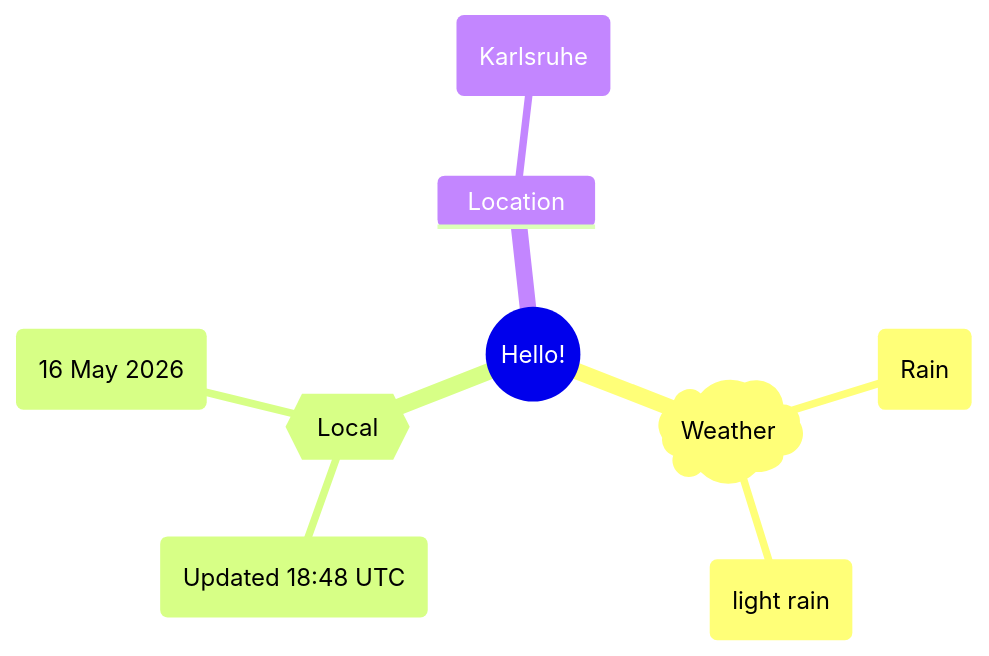
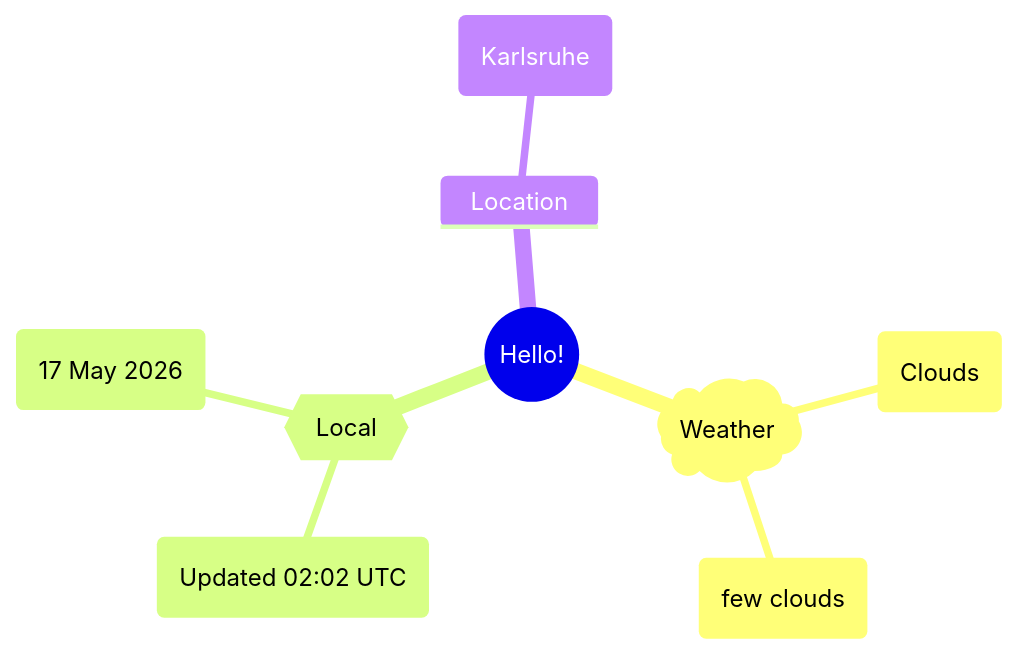
Before and after one commit to Xosrov/Xosrov: the first of 2 diagrams in README.md, drawn with Mermaid.

Commit message:
[bot] updated images

````diff
--- a/README.md
+++ b/README.md
@@ -3,12 +3,12 @@
 ```mermaid
 mindmap
   root((Hello!))
     )Weather(
-        (Rain)
-        (light rain)
+        (Clouds)
+        (few clouds)
     {{Local}}
-        (Updated 18:48 UTC)
-        (16 May 2026)
+        (Updated 02:02 UTC)
+        (17 May 2026)
     Location
         (Karlsruhe)
 ```
````
